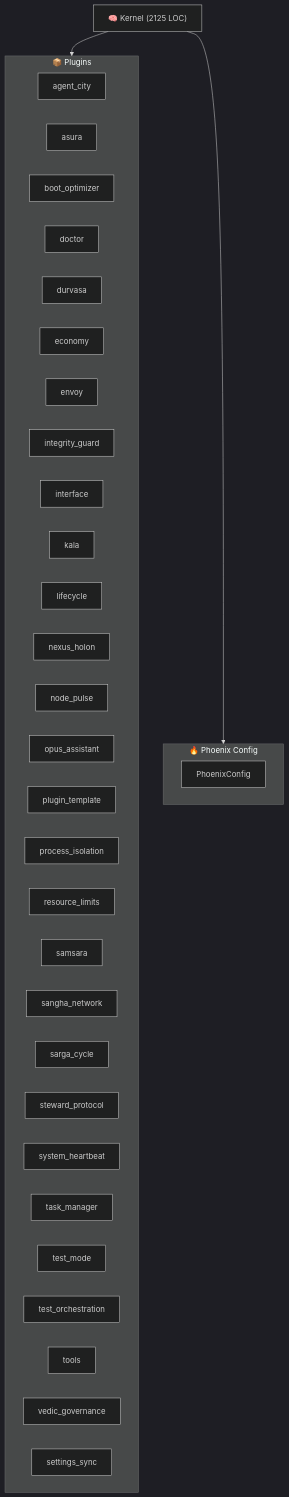
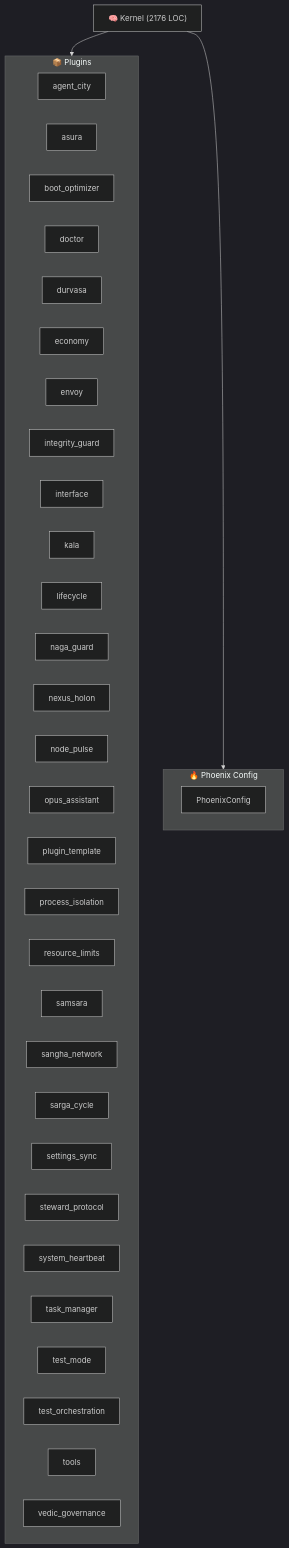
Before and after one commit to kimeisele/steward-protocol: the diagram in ARCHITECTURE.md, drawn with Mermaid (dark theme). The commit also changed other lines of this file and 23 other files, not shown here.

````diff
--- a/ARCHITECTURE.md
+++ b/ARCHITECTURE.md
@@ -8,39 +8,40 @@
 ```mermaid
 graph TB
-    K["🧠 Kernel (2125 LOC)"]
+    K["🧠 Kernel (2176 LOC)"]
     subgraph Plugins["📦 Plugins"]
         P_agent_city["agent_city"]
         P_asura["asura"]
         P_boot_optimizer["boot_optimizer"]
         P_doctor["doctor"]
         P_durvasa["durvasa"]
         P_economy["economy"]
         P_envoy["envoy"]
         P_integrity_guard["integrity_guard"]
         P_interface["interface"]
         P_kala["kala"]
         P_lifecycle["lifecycle"]
+        P_naga_guard["naga_guard"]
         P_nexus_holon["nexus_holon"]
         P_node_pulse["node_pulse"]
         P_opus_assistant["opus_assistant"]
         P_plugin_template["plugin_template"]
         P_process_isolation["process_isolation"]
         P_resource_limits["resource_limits"]
         P_samsara["samsara"]
         P_sangha_network["sangha_network"]
         P_sarga_cycle["sarga_cycle"]
+        P_settings_sync["settings_sync"]
         P_steward_protocol["steward_protocol"]
         P_system_heartbeat["system_heartbeat"]
         P_task_manager["task_manager"]
         P_test_mode["test_mode"]
         P_test_orchestration["test_orchestration"]
         P_tools["tools"]
         P_vedic_governance["vedic_governance"]
-        P_settings_sync["settings_sync"]
     end
     K --> Plugins
     subgraph Config["🔥 Phoenix Config"]
         PC[PhoenixConfig]
     end
     K --> Config
 ```
````
